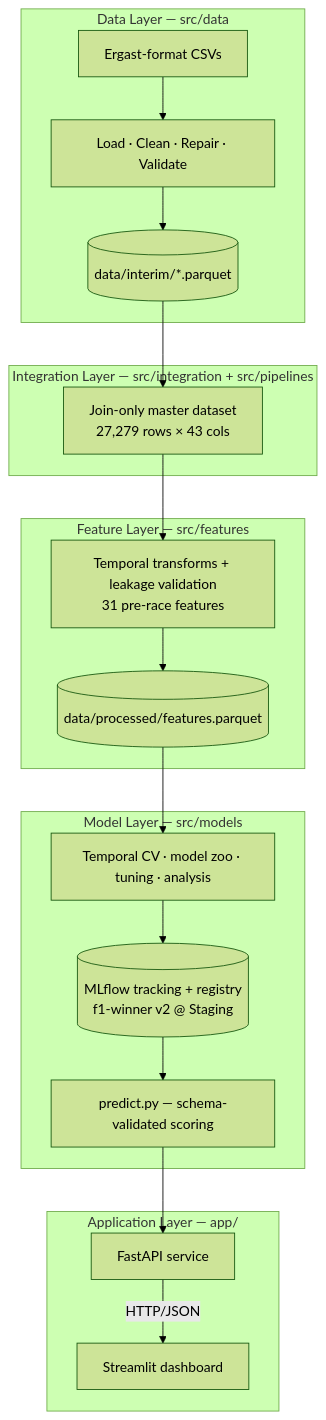
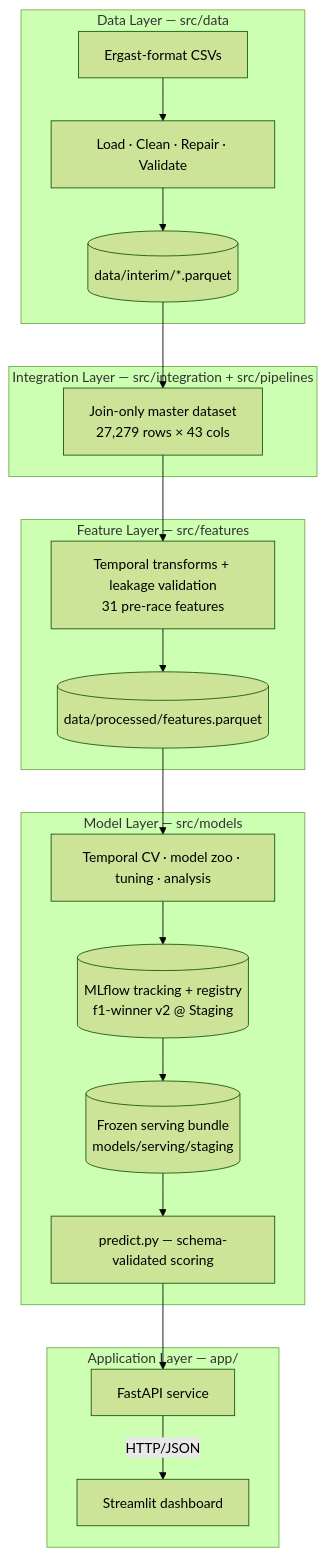
The diagram in README.md (Aditya5309/f1-race-intelligence-platform), drawn with Mermaid (forest theme) before and after one commit. The commit also changed other lines of this file and 3 other files, not shown here.

````diff
--- a/README.md
+++ b/README.md
@@ -52,23 +89,24 @@
 ```mermaid
 flowchart TB
     subgraph DATA["Data Layer — src/data"]
         A[Ergast-format CSVs] --> B[Load · Clean · Repair · Validate]
         B --> C[(data/interim/*.parquet)]
     end
     subgraph INT["Integration Layer — src/integration + src/pipelines"]
         C --> D[Join-only master dataset<br/>27,279 rows × 43 cols]
     end
     subgraph FEAT["Feature Layer — src/features"]
         D --> E[Temporal transforms + leakage validation<br/>31 pre-race features]
         E --> F[(data/processed/features.parquet)]
     end
     subgraph MODEL["Model Layer — src/models"]
         F --> G[Temporal CV · model zoo · tuning · analysis]
         G --> H[(MLflow tracking + registry<br/>f1-winner v2 @ Staging)]
-        H --> I[predict.py — schema-validated scoring]
+        H --> H2[(Frozen serving bundle<br/>models/serving/staging)]
+        H2 --> I[predict.py — schema-validated scoring]
     end
     subgraph APP["Application Layer — app/"]
         I --> J[FastAPI service]
         J -->|HTTP/JSON| K[Streamlit dashboard]
     end
 ```
````
